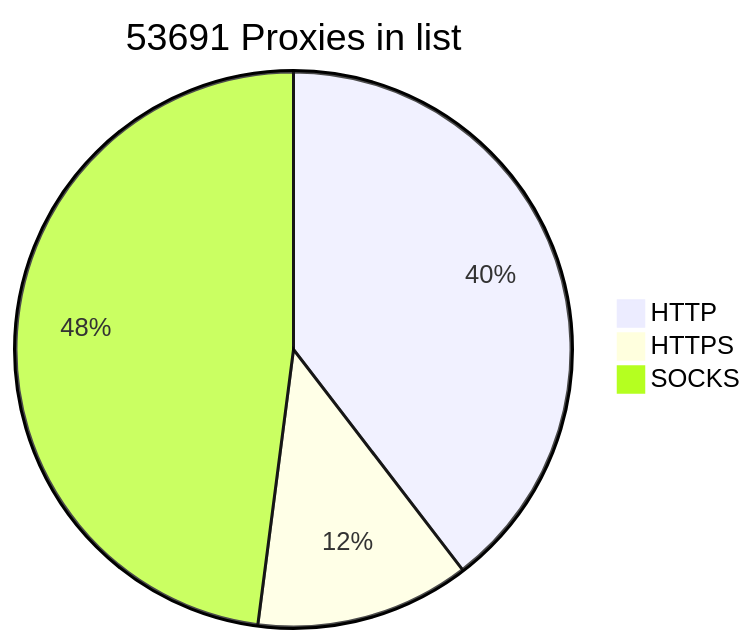
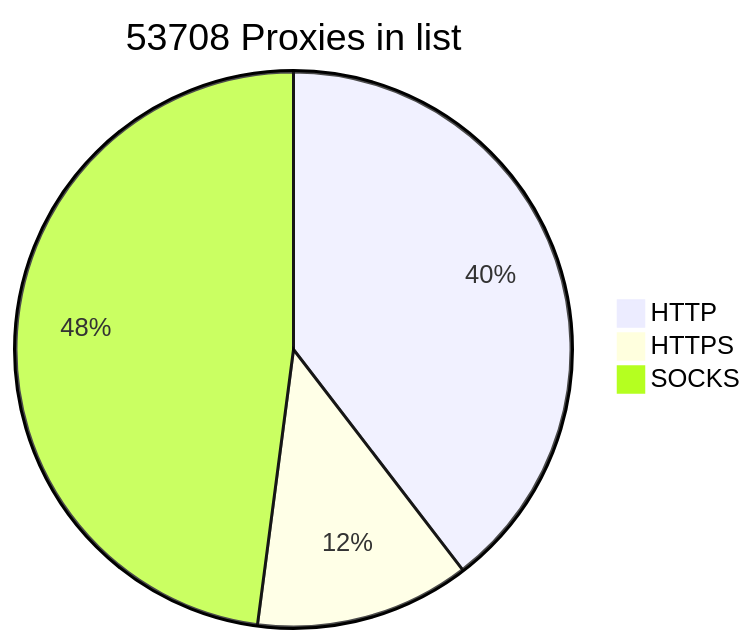
One commit to BlackSnowDot/proxylist-update-every-minute changed the diagram in README.md. Above: the diagram before and after it, drawn with Mermaid.

````diff
--- a/README.md
+++ b/README.md
@@ -2,6 +2,6 @@
 ```mermaid
-pie title 53691 Proxies in list
-    "HTTP" : 23762
-    "HTTPS": 7485
-    "SOCKS" : 28782
+pie title 53708 Proxies in list
+    "HTTP" : 23770
+    "HTTPS": 7503
+    "SOCKS" : 28783
 ```
````
